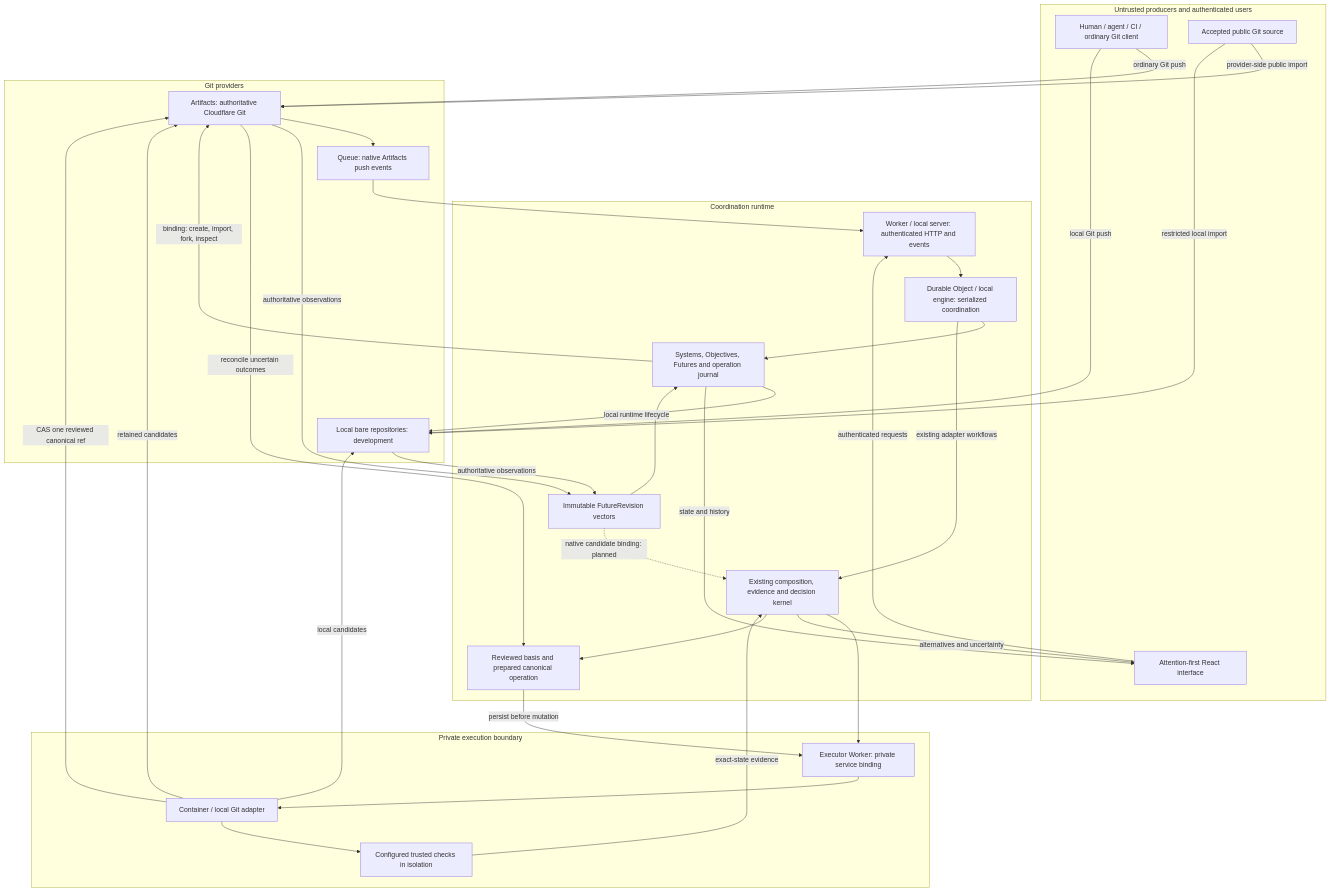
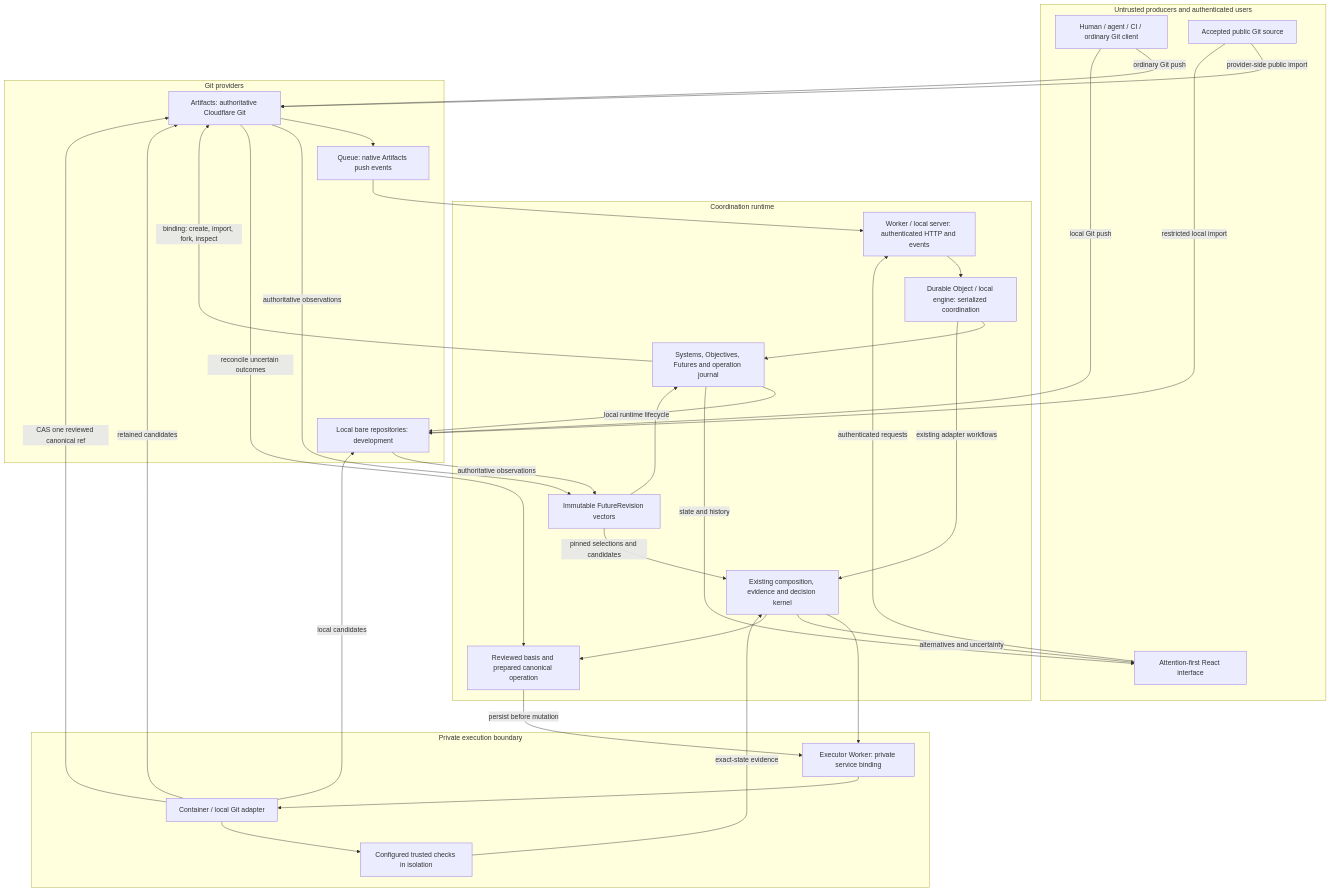
Before and after one commit to vik418/KLoCGit: the diagram in docs/design.md, drawn with Mermaid. The commit also changed other lines of this file and 11 other files, not shown here.

````diff
--- a/docs/design.md
+++ b/docs/design.md
@@ -11,54 +11,54 @@
 ```mermaid
 flowchart TD
     subgraph clients[Untrusted producers and authenticated users]
         producer[Human / agent / CI / ordinary Git client]
         browser[Attention-first React interface]
         source[Accepted public Git source]
     end
     subgraph runtime[Coordination runtime]
         api[Worker / local server: authenticated HTTP and events]
         coordinator[Durable Object / local engine: serialized coordination]
         native[Systems, Objectives, Futures and operation journal]
         revisions[Immutable FutureRevision vectors]
         kernel[Existing composition, evidence and decision kernel]
         prepared[Reviewed basis and prepared canonical operation]
     end
     subgraph gitProviders[Git providers]
         artifacts[Artifacts: authoritative Cloudflare Git]
         localGit[Local bare repositories: development]
         queue[Queue: native Artifacts push events]
     end
     subgraph executor[Private execution boundary]
         gateway[Executor Worker: private service binding]
         git[Container / local Git adapter]
         checks[Configured trusted checks in isolation]
     end
     producer -->|ordinary Git push| artifacts
     producer -->|local Git push| localGit
     artifacts --> queue
     queue --> api
     browser -->|authenticated requests| api
     api --> coordinator
     coordinator --> native
     native -->|binding: create, import, fork, inspect| artifacts
     native -->|local runtime lifecycle| localGit
     source -->|provider-side public import| artifacts
     source -->|restricted local import| localGit
     artifacts -->|authoritative observations| revisions
     localGit -->|authoritative observations| revisions
     revisions --> native
     native -->|state and history| browser
-    revisions -.->|native candidate binding: planned| kernel
+    revisions -->|pinned selections and candidates| kernel
     coordinator -->|existing adapter workflows| kernel
     kernel --> gateway
     gateway --> git
     git -->|retained candidates| artifacts
     git -->|local candidates| localGit
     git --> checks
     checks -->|exact-state evidence| kernel
     kernel -->|alternatives and uncertainty| browser
     kernel --> prepared
     prepared -->|persist before mutation| gateway
     git -->|CAS one reviewed canonical ref| artifacts
     artifacts -->|reconcile uncertain outcomes| prepared
 ```
````
